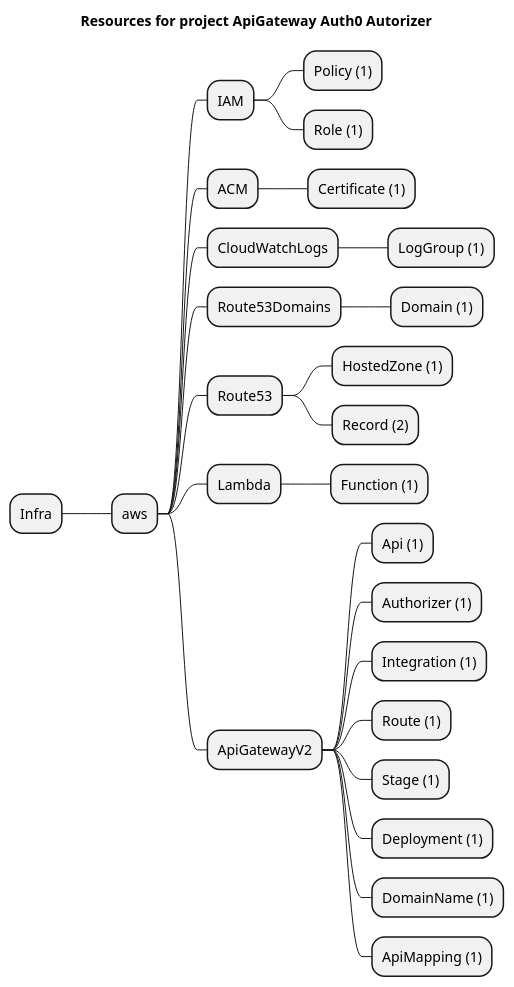
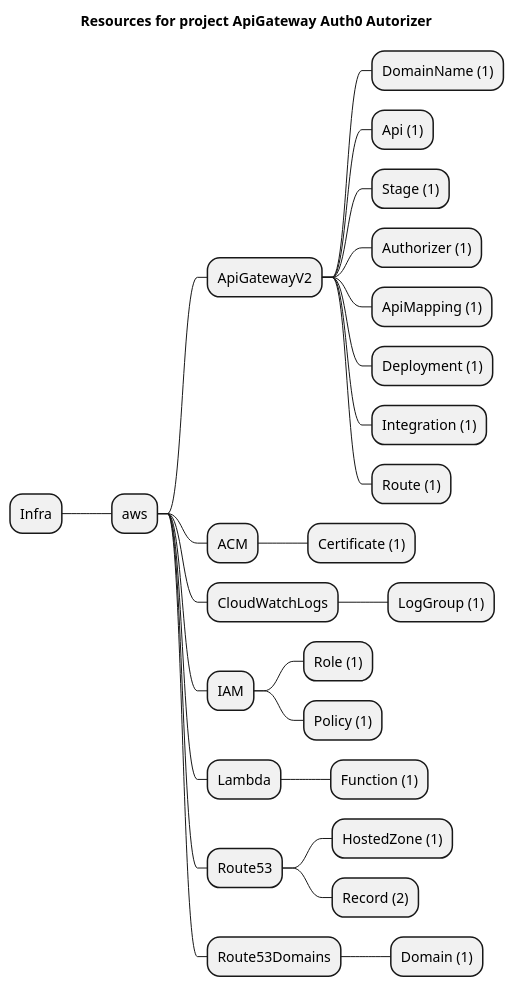
Before and after one commit to grucloud/grucloud: the diagram in examples/aws/api-gateway-v2/auth0/artifacts/resources-mindmap.puml, drawn with PlantUML. The commit also changed other lines of this file and 229 other files, not shown here.

```diff
--- a/examples/aws/api-gateway-v2/auth0/artifacts/resources-mindmap.puml
+++ b/examples/aws/api-gateway-v2/auth0/artifacts/resources-mindmap.puml
@@ -1,29 +1,29 @@
 @startmindmap
 title Resources for project ApiGateway Auth0 Autorizer
 skinparam monochrome true
 + Infra
 ++ aws
-+++ IAM
-++++ Policy (1)
-++++ Role (1)
++++ ApiGatewayV2
+++++ DomainName (1)
+++++ Api (1)
+++++ Stage (1)
+++++ Authorizer (1)
+++++ ApiMapping (1)
+++++ Deployment (1)
+++++ Integration (1)
+++++ Route (1)
 +++ ACM
 ++++ Certificate (1)
 +++ CloudWatchLogs
 ++++ LogGroup (1)
-+++ Route53Domains
-++++ Domain (1)
++++ IAM
+++++ Role (1)
+++++ Policy (1)
++++ Lambda
+++++ Function (1)
 +++ Route53
 ++++ HostedZone (1)
 ++++ Record (2)
-+++ Lambda
-++++ Function (1)
-+++ ApiGatewayV2
-++++ Api (1)
-++++ Authorizer (1)
-++++ Integration (1)
-++++ Route (1)
-++++ Stage (1)
-++++ Deployment (1)
-++++ DomainName (1)
-++++ ApiMapping (1)
++++ Route53Domains
+++++ Domain (1)
 @endmindmap
```
